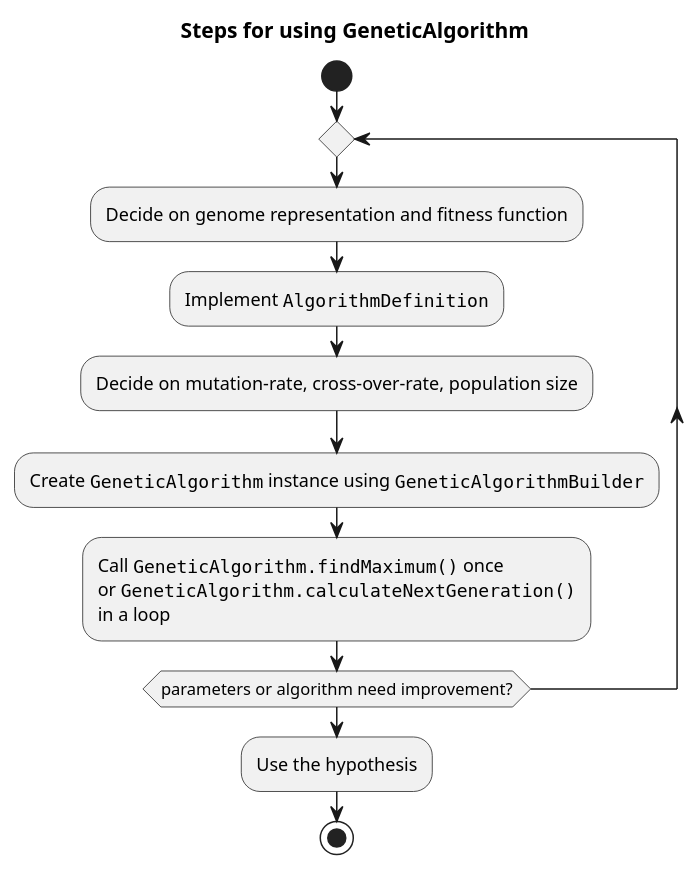
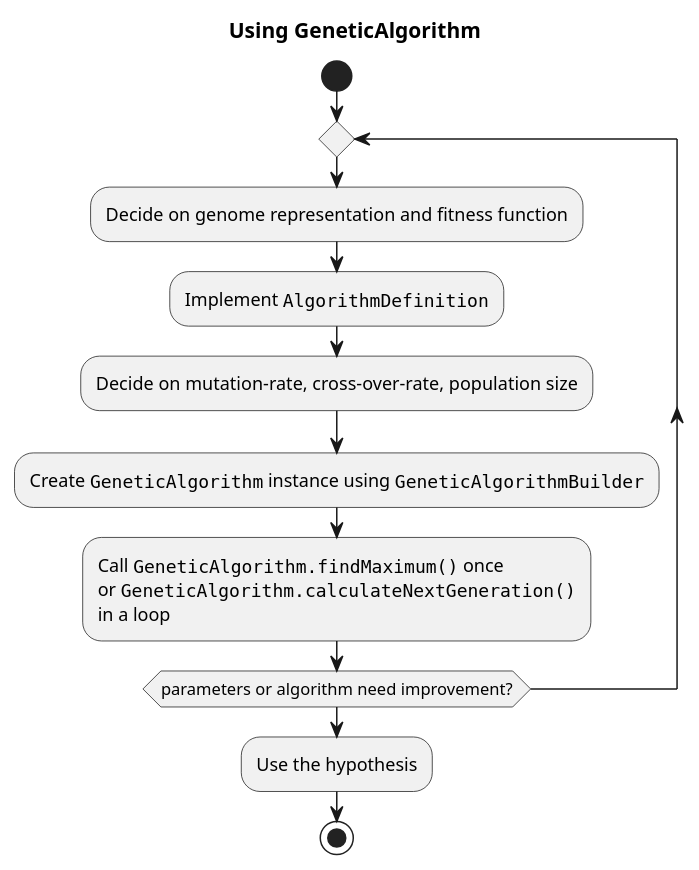
Before and after one commit to sfuhrm/geneticalgorithm: the diagram in doc/uml/activity-process-steps-for-geneticalgorithm.puml, drawn with PlantUML. The commit also changed 3 other files, not shown here.

```diff
--- a/doc/uml/activity-process-steps-for-geneticalgorithm.puml
+++ b/doc/uml/activity-process-steps-for-geneticalgorithm.puml
@@ -1,18 +1,18 @@
 @startuml activity_process_steps_for_geneticalgorithm
 
-title Steps for using GeneticAlgorithm
+title Using GeneticAlgorithm
 
 start
 repeat
   :Decide on genome representation and fitness function;
   :Implement ""AlgorithmDefinition"";
   :Decide on mutation-rate, cross-over-rate, population size;
   :Create ""GeneticAlgorithm"" instance using ""GeneticAlgorithmBuilder"";
   :Call ""GeneticAlgorithm.findMaximum()"" once
   or ""GeneticAlgorithm.calculateNextGeneration()""
   in a loop;
 repeat while (parameters or algorithm need improvement?)
 :Use the hypothesis;
 stop
 
 @enduml
```
